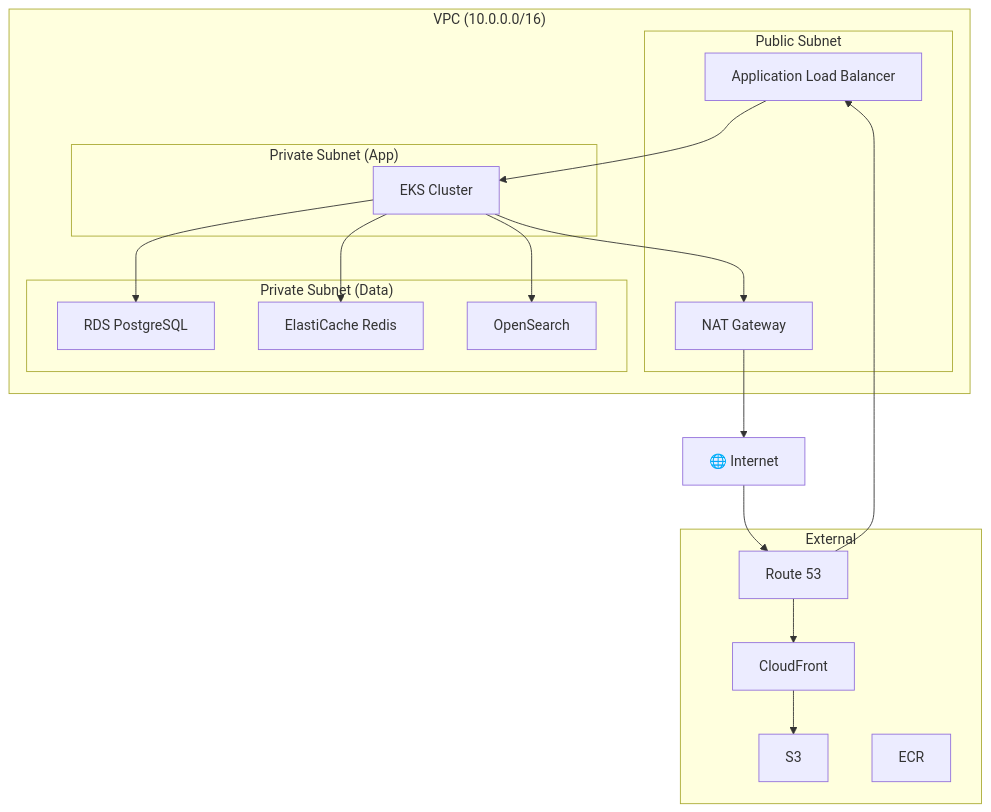
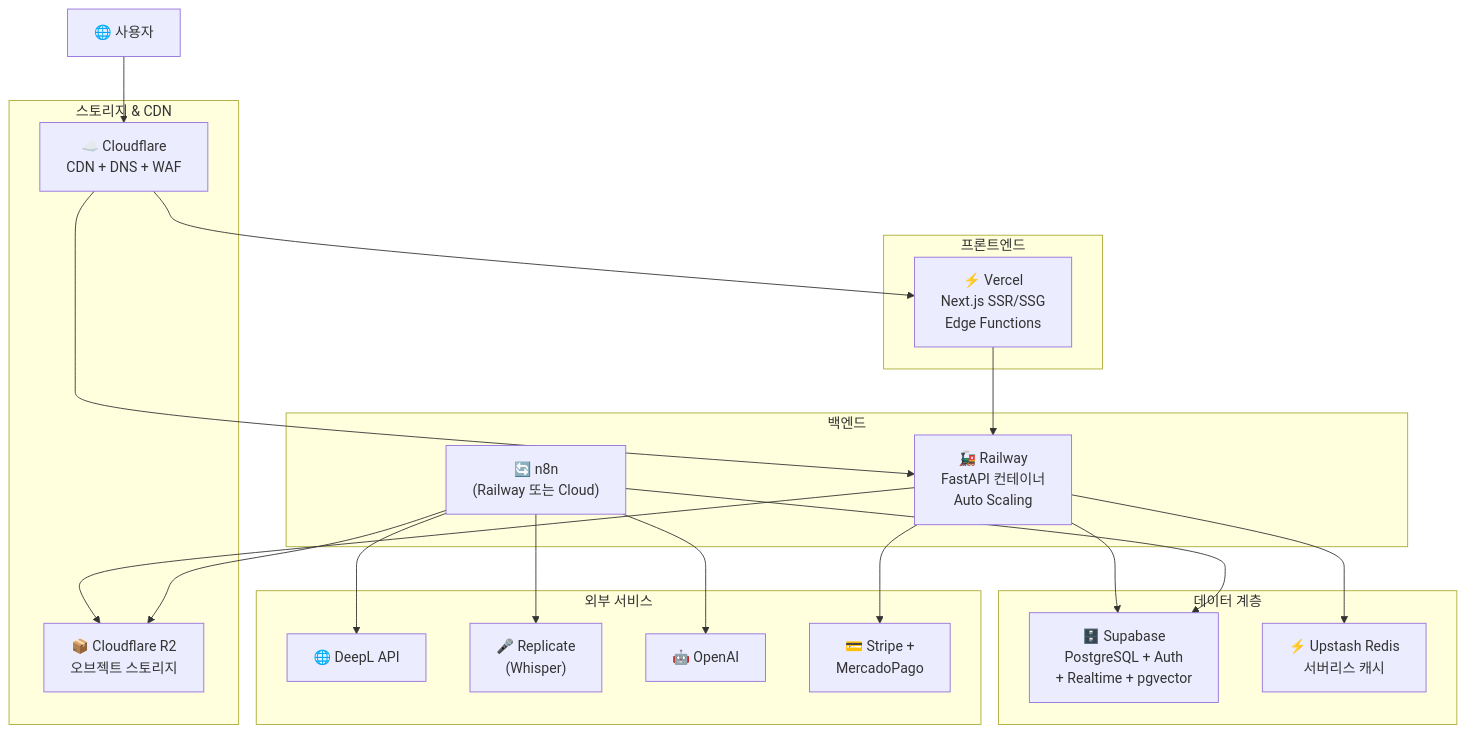
One commit to Prometheus-P/OndaCoreana changed the fifth of 9 diagrams in docs/specs/ARCHITECTURE.md. Above: the diagram before and after it, drawn with Mermaid. The commit also changed other lines of this file and 3 other files, not shown here.

````diff
--- a/docs/specs/ARCHITECTURE.md
+++ b/docs/specs/ARCHITECTURE.md
@@ -334,37 +329,44 @@
 ```mermaid
 graph TB
-    subgraph VPC["VPC (10.0.0.0/16)"]
-        subgraph PublicSubnet["Public Subnet"]
-            ALB["Application Load Balancer"]
-            NAT["NAT Gateway"]
-        end
-
-        subgraph PrivateSubnet1["Private Subnet (App)"]
-            EKS["EKS Cluster"]
-        end
-
-        subgraph PrivateSubnet2["Private Subnet (Data)"]
-            RDS["RDS PostgreSQL"]
-            ElastiCache["ElastiCache Redis"]
-            ES["OpenSearch"]
-        end
+    subgraph Frontend["프론트엔드"]
+        Vercel["⚡ Vercel<br/>Next.js SSR/SSG<br/>Edge Functions"]
     end
 
-    subgraph External["External"]
-        Route53["Route 53"]
-        CloudFront["CloudFront"]
-        S3["S3"]
-        ECR["ECR"]
+    subgraph Backend["백엔드"]
+        Railway["🚂 Railway<br/>FastAPI 컨테이너<br/>Auto Scaling"]
+        n8n["🔄 n8n<br/>(Railway 또는 Cloud)"]
     end
 
-    Internet["🌐 Internet"] --> Route53
-    Route53 --> CloudFront
-    Route53 --> ALB
-    CloudFront --> S3
-    ALB --> EKS
-    EKS --> RDS
-    EKS --> ElastiCache
-    EKS --> ES
-    EKS --> NAT
-    NAT --> Internet
+    subgraph Data["데이터 계층"]
+        Supabase["🗄️ Supabase<br/>PostgreSQL + Auth<br/>+ Realtime + pgvector"]
+        Upstash["⚡ Upstash Redis<br/>서버리스 캐시"]
+    end
+
+    subgraph Storage["스토리지 & CDN"]
+        R2["📦 Cloudflare R2<br/>오브젝트 스토리지"]
+        CF["☁️ Cloudflare<br/>CDN + DNS + WAF"]
+    end
+
+    subgraph External["외부 서비스"]
+        DeepL["🌐 DeepL API"]
+        Replicate["🎤 Replicate<br/>(Whisper)"]
+        OpenAI["🤖 OpenAI"]
+        Payment["💳 Stripe +<br/>MercadoPago"]
+    end
+
+    Internet["🌐 사용자"] --> CF
+    CF --> Vercel
+    CF --> Railway
+
+    Vercel --> Railway
+    Railway --> Supabase
+    Railway --> Upstash
+    Railway --> R2
+    Railway --> Payment
+
+    n8n --> Supabase
+    n8n --> R2
+    n8n --> DeepL
+    n8n --> Replicate
+    n8n --> OpenAI
 ```
````
